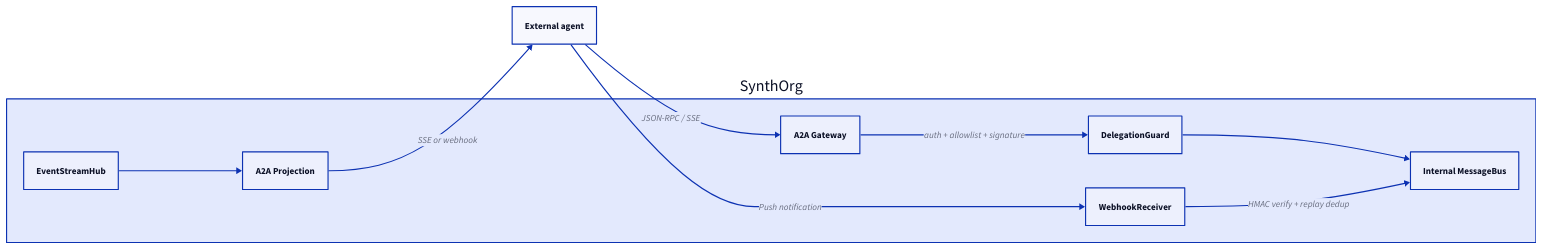
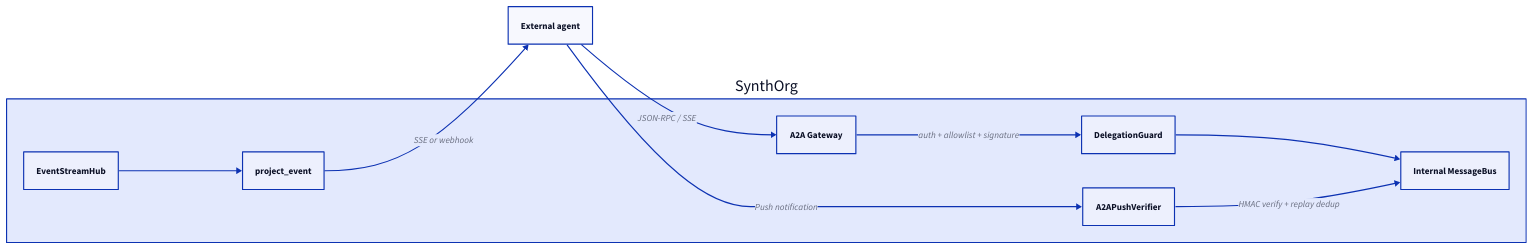
One commit to Aureliolo/synthorg changed the diagram in docs/design/a2a-protocol.md. Above: the diagram before and after it, drawn with D2. The commit also changed other lines of this file and 309 other files, not shown here.

````diff
--- a/docs/design/a2a-protocol.md
+++ b/docs/design/a2a-protocol.md
@@ -37,23 +37,23 @@
 ```d2
 direction: right
 
 ExtAgent: External agent
 
 SynthOrg: {
   Gateway: A2A Gateway
   DelegGuard: DelegationGuard
   InternalBus: Internal MessageBus
   Hub: EventStreamHub
-  Projection: A2A Projection
-  WebhookRX: WebhookReceiver
+  Projection: project_event
+  WebhookRX: A2APushVerifier
 
   Gateway -> DelegGuard: "auth + allowlist + signature"
   DelegGuard -> InternalBus
   Hub -> Projection
   WebhookRX -> InternalBus: "HMAC verify + replay dedup"
 }
 
 ExtAgent -> SynthOrg.Gateway: "JSON-RPC / SSE"
 SynthOrg.Projection -> ExtAgent: "SSE or webhook"
 ExtAgent -> SynthOrg.WebhookRX: "Push notification"
 ```
````
